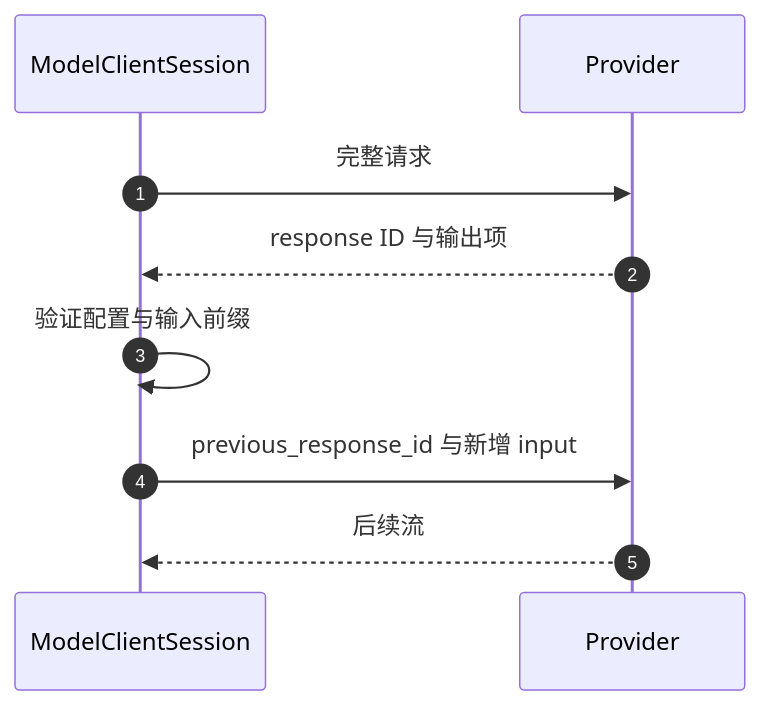
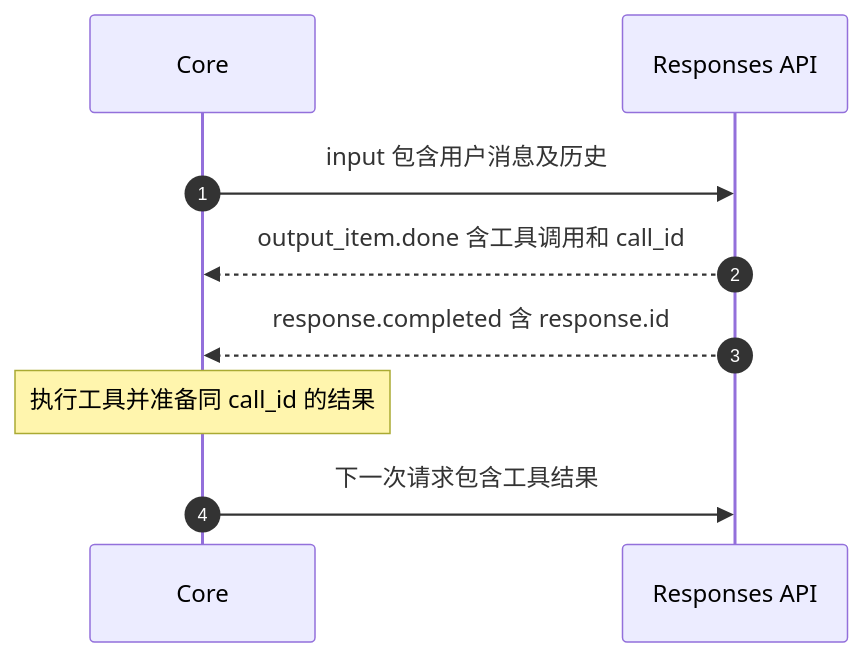
One commit to GLBB/codex changed the diagram in wiki/protocols/model-wire.md. Above: the diagram before and after it, drawn with Mermaid. The commit also changed other lines of this file and 28 other files, not shown here.

````diff
--- a/wiki/protocols/model-wire.md
+++ b/wiki/protocols/model-wire.md
@@ -33,11 +84,11 @@
 ```mermaid
 sequenceDiagram
     autonumber
-    participant C as ModelClientSession
-    participant P as Provider
-    C->>P: 完整请求
-    P-->>C: response ID 与输出项
-    C->>C: 验证配置与输入前缀
-    C->>P: previous_response_id 与新增 input
-    P-->>C: 后续流
+    participant C as Core
+    participant M as Responses API
+    C->>M: input 包含用户消息及历史
+    M-->>C: output_item.done 含工具调用和 call_id
+    M-->>C: response.completed 含 response.id
+    Note over C: 执行工具并准备同 call_id 的结果
+    C->>M: 下一次请求包含工具结果
 ```
````
